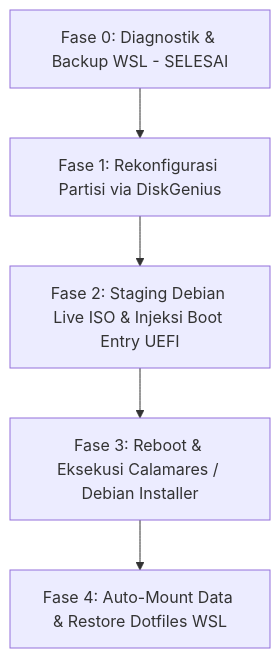
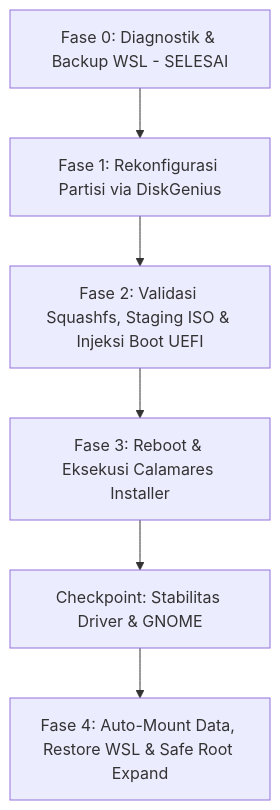
One commit to 0xrizz/os-manager changed the diagram in docs/LINUX_MIGRATION_BLUEPRINT.md. Above: the diagram before and after it, drawn with Mermaid. The commit also changed other lines of this file and 3 other files, not shown here.

````diff
--- a/docs/LINUX_MIGRATION_BLUEPRINT.md
+++ b/docs/LINUX_MIGRATION_BLUEPRINT.md
@@ -102,7 +102,8 @@
 ```mermaid
 flowchart TD
     A[Fase 0: Diagnostik & Backup WSL - SELESAI] --> B[Fase 1: Rekonfigurasi Partisi via DiskGenius]
-    B --> C[Fase 2: Staging Debian Live ISO & Injeksi Boot Entry UEFI]
-    C --> D[Fase 3: Reboot & Eksekusi Calamares / Debian Installer]
-    D --> E[Fase 4: Auto-Mount Data & Restore Dotfiles WSL]
+    B --> C[Fase 2: Validasi Squashfs, Staging ISO & Injeksi Boot UEFI]
+    C --> D[Fase 3: Reboot & Eksekusi Calamares Installer]
+    D --> E[Checkpoint: Stabilitas Driver & GNOME]
+    E --> F[Fase 4: Auto-Mount Data, Restore WSL & Safe Root Expand]
 ```
````
